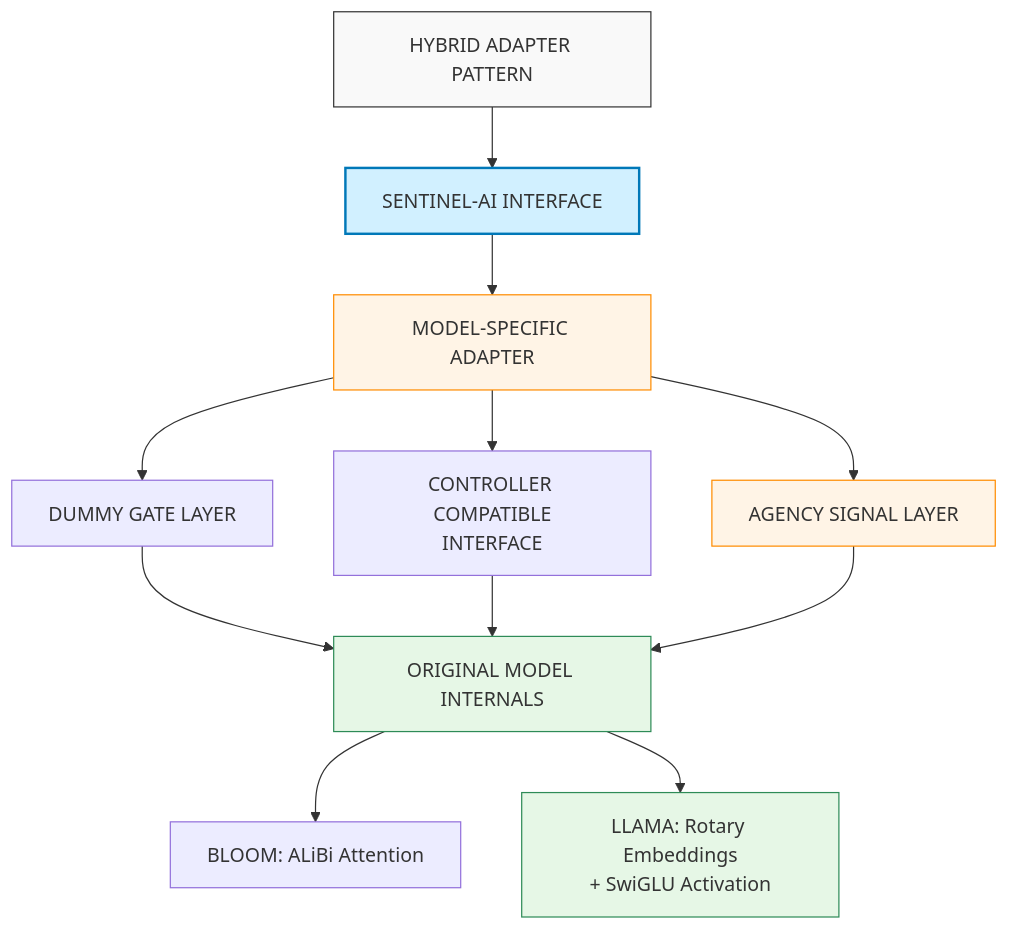
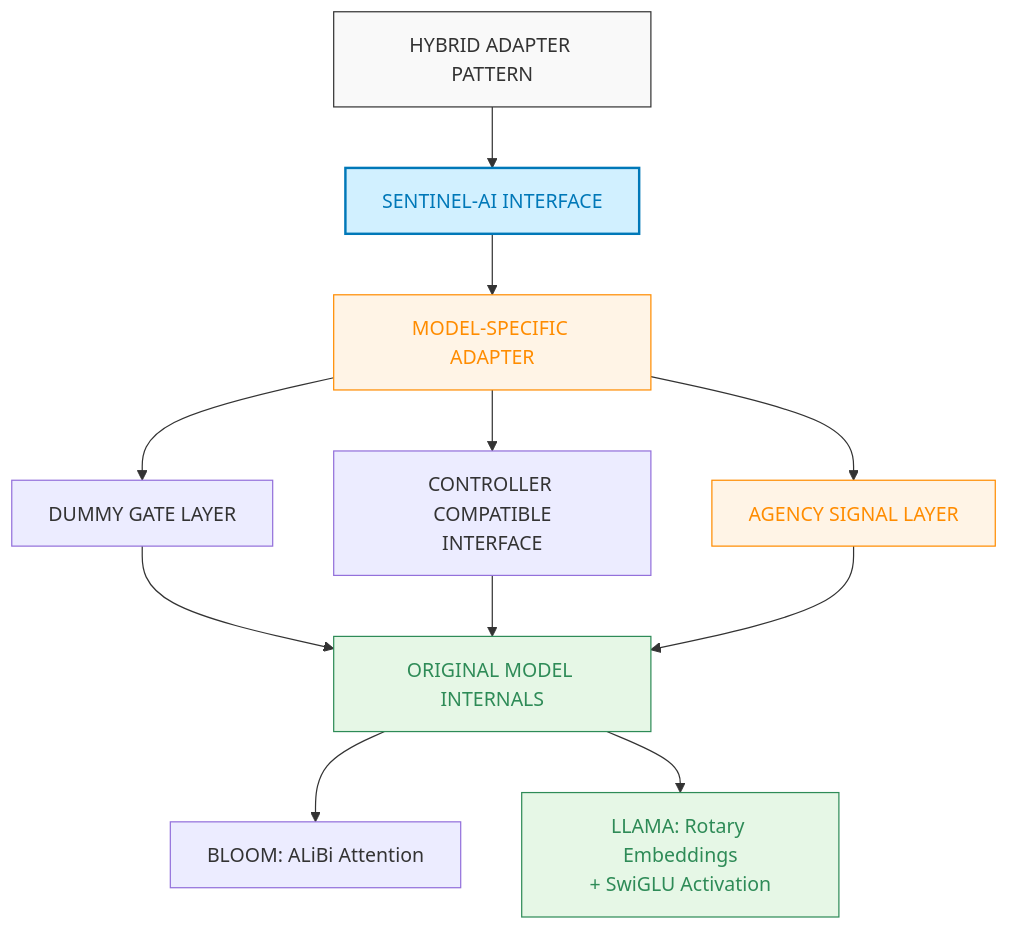
The third of 6 diagrams in docs/improved_diagrams/mermaid/main_architecture.md (CambrianTech/sentinel-ai), drawn with Mermaid before and after one commit. The commit also changed other lines of this file and 3 other files, not shown here.

First line of the commit message:
Fix colors in Mermaid diagrams for better readability (#33)

````diff
--- a/docs/improved_diagrams/mermaid/main_architecture.md
+++ b/docs/improved_diagrams/mermaid/main_architecture.md
@@ -150,39 +150,39 @@
 ```mermaid
 flowchart TD
-    classDef standard fill:#f9f9f9,stroke:#333,stroke-width:1px
-    classDef interface fill:#d1f0ff,stroke:#0078b8,stroke-width:2px
-    classDef adapter fill:#fff4e6,stroke:#ff8c00,stroke-width:1px
-    classDef original fill:#e6f7e6,stroke:#2e8b57,stroke-width:1px
+    classDef standard fill:#f9f9f9,stroke:#333,stroke-width:1px,color:#333
+    classDef interface fill:#d1f0ff,stroke:#0078b8,stroke-width:2px,color:#0078b8
+    classDef adapter fill:#fff4e6,stroke:#ff8c00,stroke-width:1px,color:#ff8c00
+    classDef original fill:#e6f7e6,stroke:#2e8b57,stroke-width:1px,color:#2e8b57
     
     %% Main Components
     title["HYBRID ADAPTER PATTERN"]
     interface["SENTINEL-AI INTERFACE"]
     adapter["MODEL-SPECIFIC ADAPTER"]
     original["ORIGINAL MODEL INTERNALS"]
     
     %% Adapter Components
     gates["DUMMY GATE LAYER"]
     compatible["CONTROLLER COMPATIBLE<br/>INTERFACE"]
     agency["AGENCY SIGNAL LAYER"]
     
     %% Original Model Components
     bloom["BLOOM: ALiBi Attention"]
     llama["LLAMA: Rotary Embeddings<br/>+ SwiGLU Activation"]
     
     %% Connections
     title --> interface
     interface --> adapter
     adapter --> gates & compatible & agency
     gates & compatible & agency --> original
     original --> bloom & llama
     
     %% Styling
     title:::standard
     interface:::interface
     adapter:::adapter
     original:::original
     
     gates & compatible & agency:::adapter
     
     bloom & llama:::original
 ```
````
